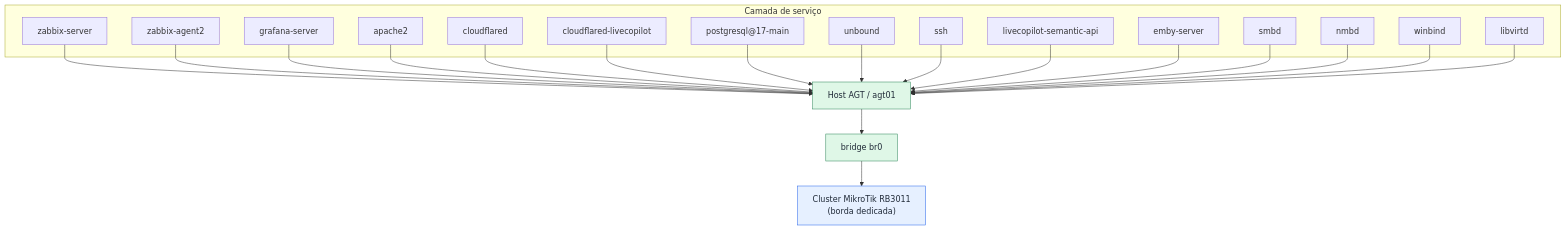
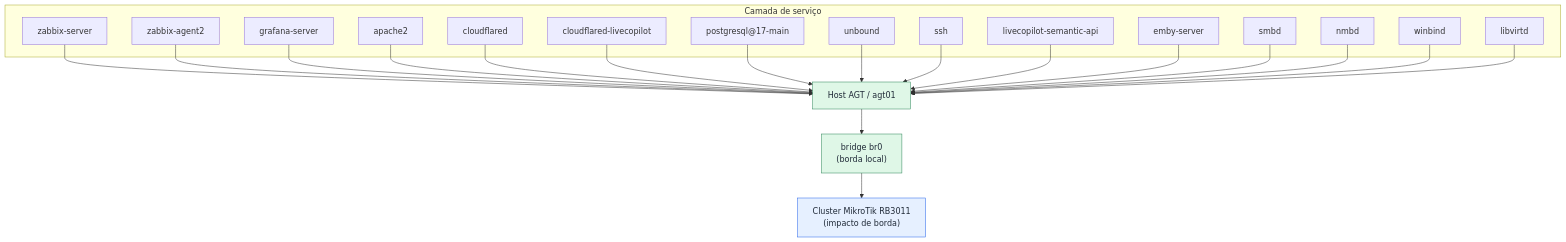
One commit to escossio/observabilidade changed the diagram in dependency-graph/views/agt_dependency_graph.mmd. Above: the diagram before and after it, drawn with Mermaid. The commit also changed 9 other files, not shown here.

Commit message:
feat: add impact propagation rules to dependency graph

```diff
--- a/dependency-graph/views/agt_dependency_graph.mmd
+++ b/dependency-graph/views/agt_dependency_graph.mmd
@@ -1,50 +1,50 @@
 flowchart TB
   subgraph SVC["Camada de serviço"]
     zabbix_server["zabbix-server"]
     zabbix_agent2["zabbix-agent2"]
     grafana_server["grafana-server"]
     apache2["apache2"]
     cloudflared["cloudflared"]
     cloudflared_livecopilot["cloudflared-livecopilot"]
     postgresql["postgresql@17-main"]
     unbound["unbound"]
     ssh["ssh"]
     livecopilot_api["livecopilot-semantic-api"]
     emby["emby-server"]
     smbd["smbd"]
     nmbd["nmbd"]
     winbind["winbind"]
     libvirtd["libvirtd"]
   end
 
   host["Host AGT / agt01"]
 
-  br0["bridge br0"]
-  mikrotik_cluster["Cluster MikroTik RB3011<br/>(borda dedicada)"]
+  br0["bridge br0<br/>(borda local)"]
+  mikrotik_cluster["Cluster MikroTik RB3011<br/>(impacto de borda)"]
 
   zabbix_server --> host
   zabbix_agent2 --> host
   grafana_server --> host
   apache2 --> host
   cloudflared --> host
   cloudflared_livecopilot --> host
   postgresql --> host
   unbound --> host
   ssh --> host
   livecopilot_api --> host
   emby --> host
   smbd --> host
   nmbd --> host
   winbind --> host
   libvirtd --> host
 
   host --> br0
   br0 --> mikrotik_cluster
 
   classDef observed fill:#dff7e7,stroke:#2f855a,color:#1f2937,stroke-width:1px;
   classDef documented fill:#e6f0ff,stroke:#2563eb,color:#1f2937,stroke-width:1px;
   classDef inferred fill:#fff4cc,stroke:#b7791f,color:#1f2937,stroke-width:1px,stroke-dasharray: 4 3;
   classDef pending fill:#f3f4f6,stroke:#6b7280,color:#1f2937,stroke-width:1px,stroke-dasharray: 2 2;
 
   class host,br0 observed;
   class mikrotik_cluster documented;
```
